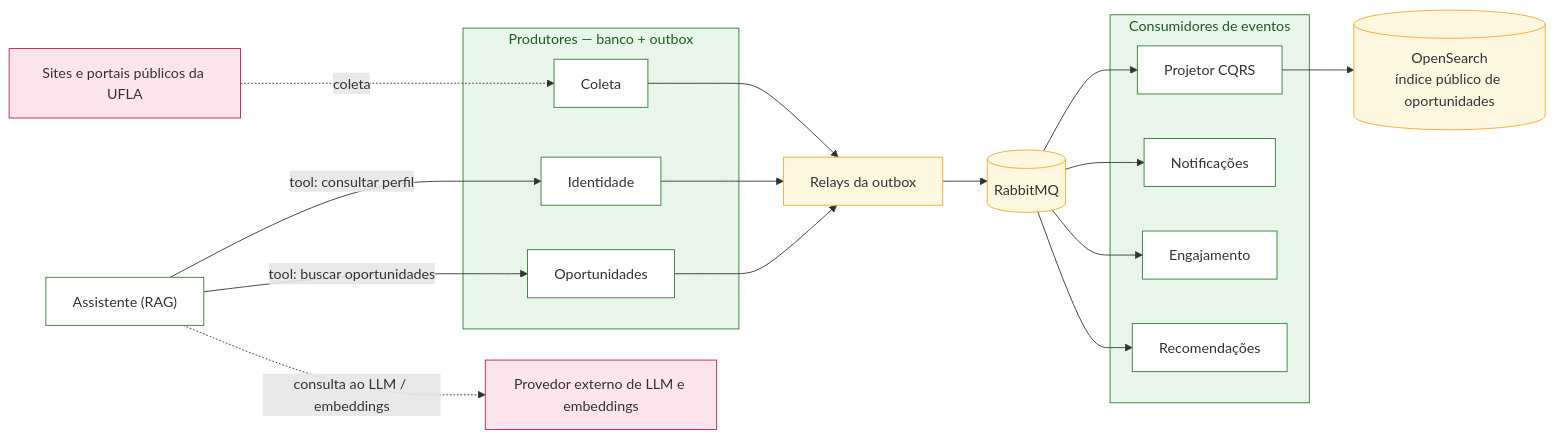
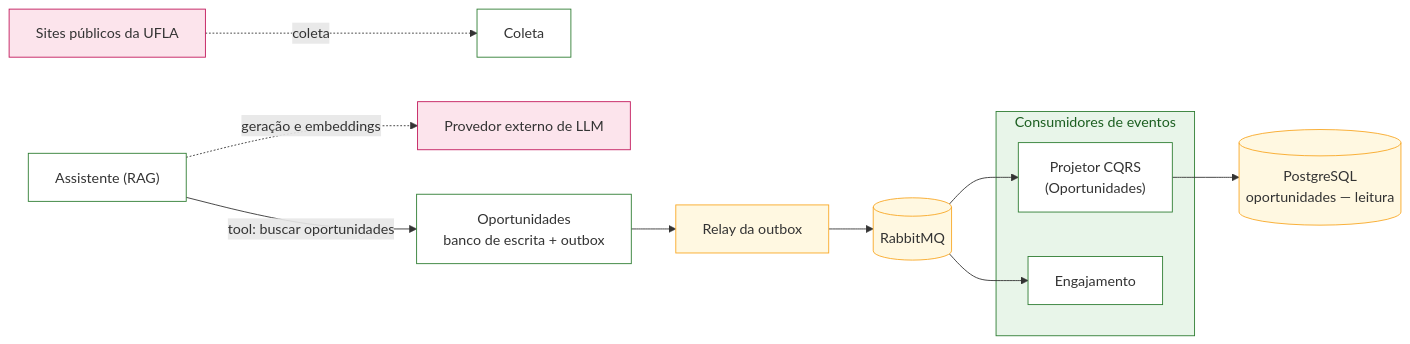
Before and after one commit to joao-givisiez/ConectaU: the first of 2 diagrams in docs/arquitetura/4.5-dados-outbox.md, drawn with Mermaid. The commit also changed other lines of this file and 10 other files, not shown here.

````diff
--- a/docs/arquitetura/4.5-dados-outbox.md
+++ b/docs/arquitetura/4.5-dados-outbox.md
@@ -45,43 +49,30 @@
 ```mermaid
 flowchart LR
-  subgraph Prod["Produtores — banco + outbox"]
-    OP["Oportunidades"]
-    CO["Coleta"]
-    ID["Identidade"]
-  end
-
-  RELAY["Relays da outbox"]
+  OP["Oportunidades<br/>banco de escrita + outbox"]
+  RELAY["Relay da outbox"]
   MQ[("RabbitMQ")]
 
   OP --> RELAY
-  CO --> RELAY
-  ID --> RELAY
   RELAY --> MQ
 
   subgraph Cons["Consumidores de eventos"]
-    RE["Recomendações"]
+    PR["Projetor CQRS<br/>(Oportunidades)"]
     EN["Engajamento"]
-    NO["Notificações"]
-    PR["Projetor CQRS"]
   end
 
-  MQ --> RE
+  MQ --> PR
   MQ --> EN
-  MQ --> NO
-  MQ --> PR
-  PR --> OS[("OpenSearch<br/>índice público de oportunidades")]
+  PR --> RD[("PostgreSQL<br/>oportunidades — leitura")]
 
-  SCR["Sites e portais públicos da UFLA"] -. "coleta" .-> CO
-  AS["Assistente (RAG)"] -. "consulta ao LLM / embeddings" .-> LLM["Provedor externo de LLM e embeddings"]
+  SCR["Sites públicos da UFLA"] -. "coleta" .-> CO["Coleta"]
+  AS["Assistente (RAG)"] -. "geração e embeddings" .-> LLM["Provedor externo de LLM"]
   AS -->|"tool: buscar oportunidades"| OP
-  AS -->|"tool: consultar perfil"| ID
 
   classDef servico fill:#ffffff,stroke:#2e7d32,color:#333
   classDef externo fill:#fce4ec,stroke:#c2185b,color:#333
   classDef infraestrutura fill:#fff8e1,stroke:#f9a825,color:#333
-  class OP,CO,ID,RE,EN,NO,PR,AS servico
+  class OP,CO,EN,PR,AS servico
   class SCR,LLM externo
-  class MQ,RELAY,OS infraestrutura
-  style Prod fill:#e8f5e9,stroke:#2e7d32,color:#1b5e20
+  class MQ,RELAY,RD infraestrutura
   style Cons fill:#e8f5e9,stroke:#2e7d32,color:#1b5e20
 ```
````
